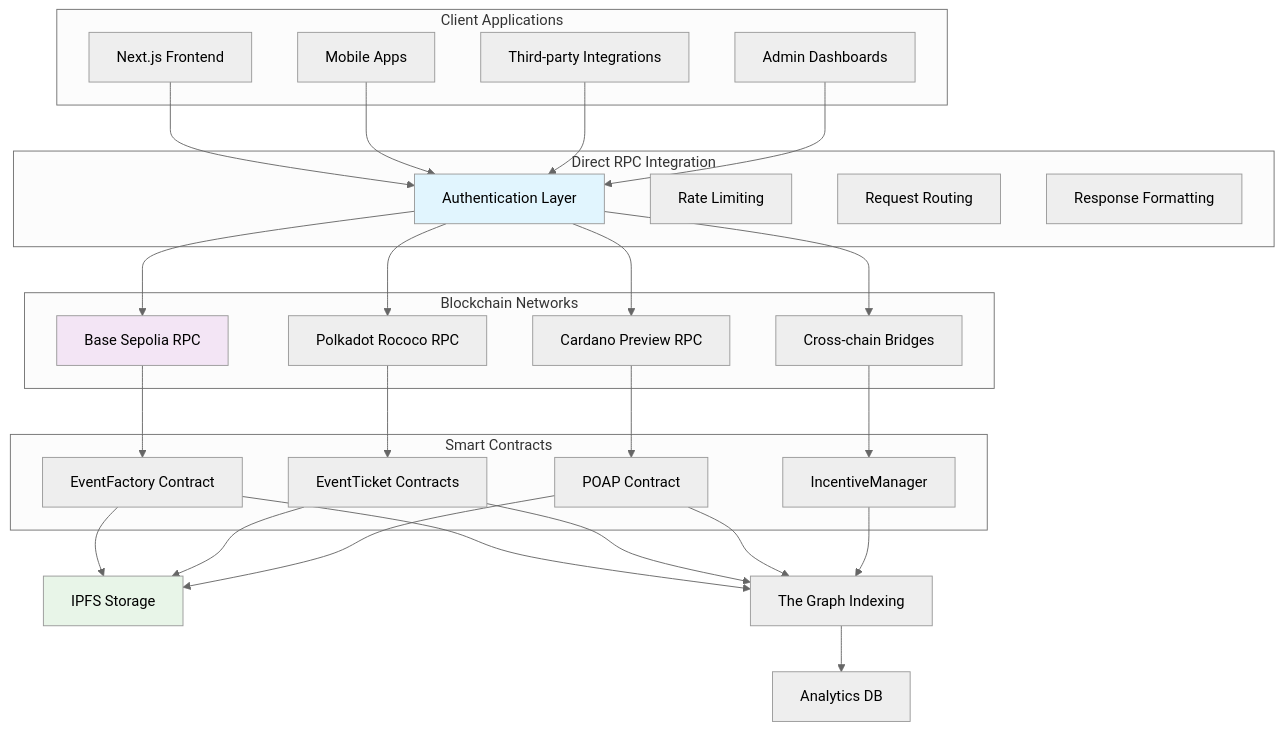
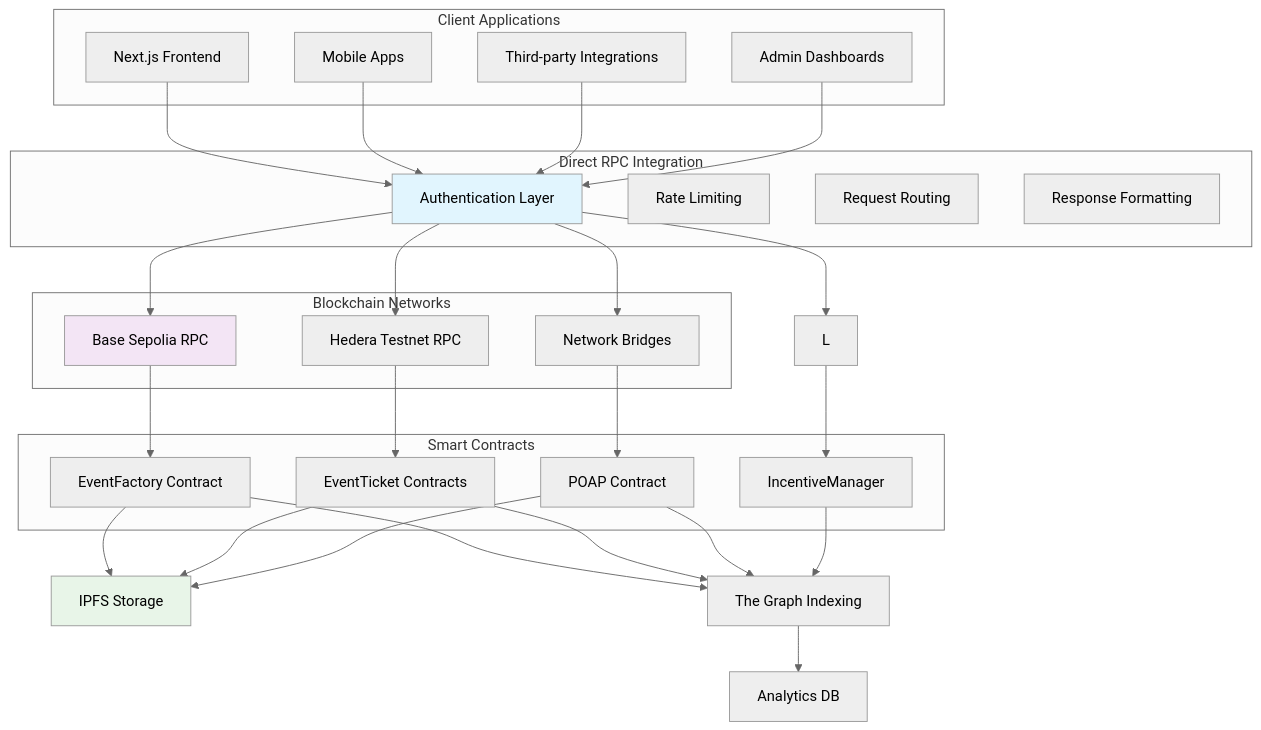
Before and after one commit to Emertechs-Labs/e-chain: the diagram in docs/api/README.md, drawn with Mermaid (neutral theme). The commit also changed other lines of this file and 9 other files, not shown here.

````diff
--- a/docs/api/README.md
+++ b/docs/api/README.md
@@ -32,60 +31,59 @@
 ```mermaid
 graph TB
     subgraph "Client Applications"
         A[Next.js Frontend]
         B[Mobile Apps]
         C[Third-party Integrations]
         D[Admin Dashboards]
     end
 
     subgraph "Direct RPC Integration"
         E[Authentication Layer]
         F[Rate Limiting]
         G[Request Routing]
         H[Response Formatting]
     end
 
     subgraph "Blockchain Networks"
         I[Base Sepolia RPC]
-        J[Polkadot Rococo RPC]
-        K[Cardano Preview RPC]
-        L[Cross-chain Bridges]
+        J[Hedera Testnet RPC]
+        K[Network Bridges]
     end
 
     subgraph "Smart Contracts"
         M[EventFactory Contract]
         N[EventTicket Contracts]
         O[POAP Contract]
         P[IncentiveManager]
     end
 
     A --> E
     B --> E
     C --> E
     D --> E
 
     E --> I
     E --> J
     E --> K
     E --> L
 
     I --> M
     J --> N
     K --> O
     L --> P
 
     M --> Q[IPFS Storage]
     N --> Q
     O --> Q
 
     M --> R[The Graph Indexing]
     N --> R
     O --> R
     P --> R
 
     R --> S[Analytics DB]
 
     style E fill:#e1f5fe
     style I fill:#f3e5f5
     style Q fill:#e8f5e8
 ```
````
